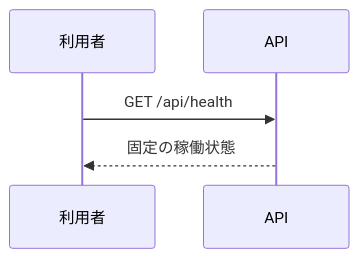
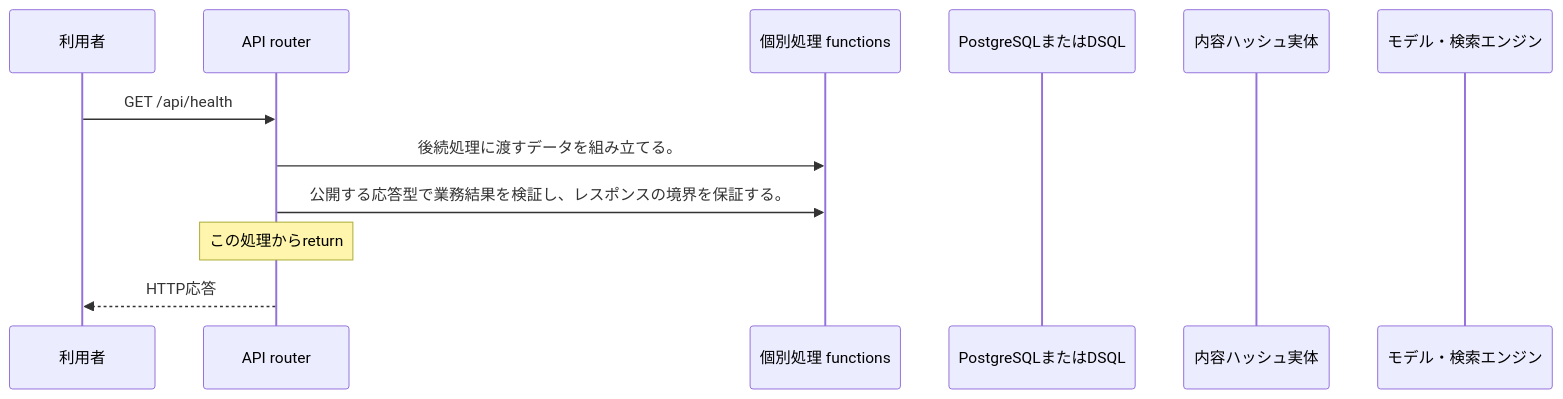
Before and after one commit to tsuji-tomonori/KotoRelay: the diagram in docs/design/generated/api/health/health/sequence.md, drawn with Mermaid. The commit also changed other lines of this file and 424 other files, not shown here.

````diff
--- a/docs/design/generated/api/health/health/sequence.md
+++ b/docs/design/generated/api/health/health/sequence.md
@@ -7,7 +7,14 @@
 ```mermaid
 sequenceDiagram
     participant U as 利用者
-    participant A as API
+    participant A as API router
+    participant F as 個別処理 functions
+    participant D as PostgreSQLまたはDSQL
+    participant S as 内容ハッシュ実体
+    participant M as モデル・検索エンジン
     U->>A: GET /api/health
-    A-->>U: 固定の稼働状態
+    A->>F: 後続処理に渡すデータを組み立てる。
+    A->>F: 公開する応答型で業務結果を検証し、レスポンスの境界を保証する。
+    Note over A: この処理からreturn
+    A-->>U: HTTP応答
 ```
````
